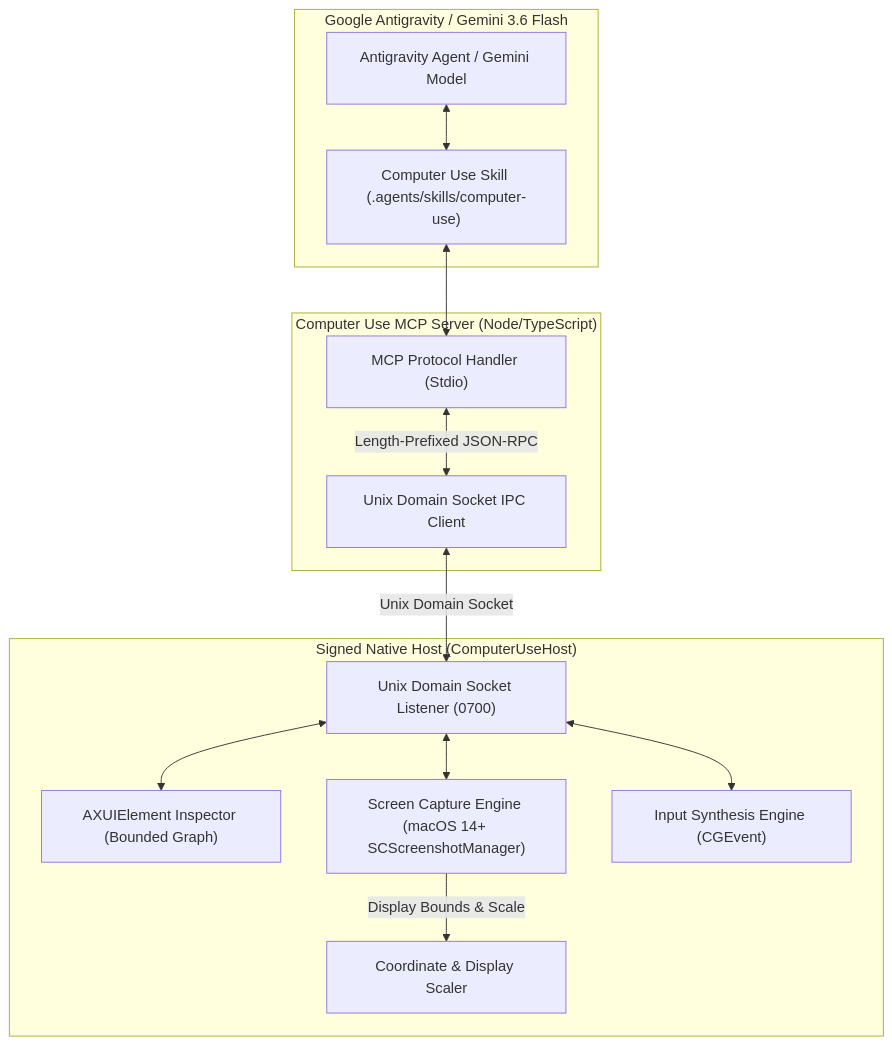
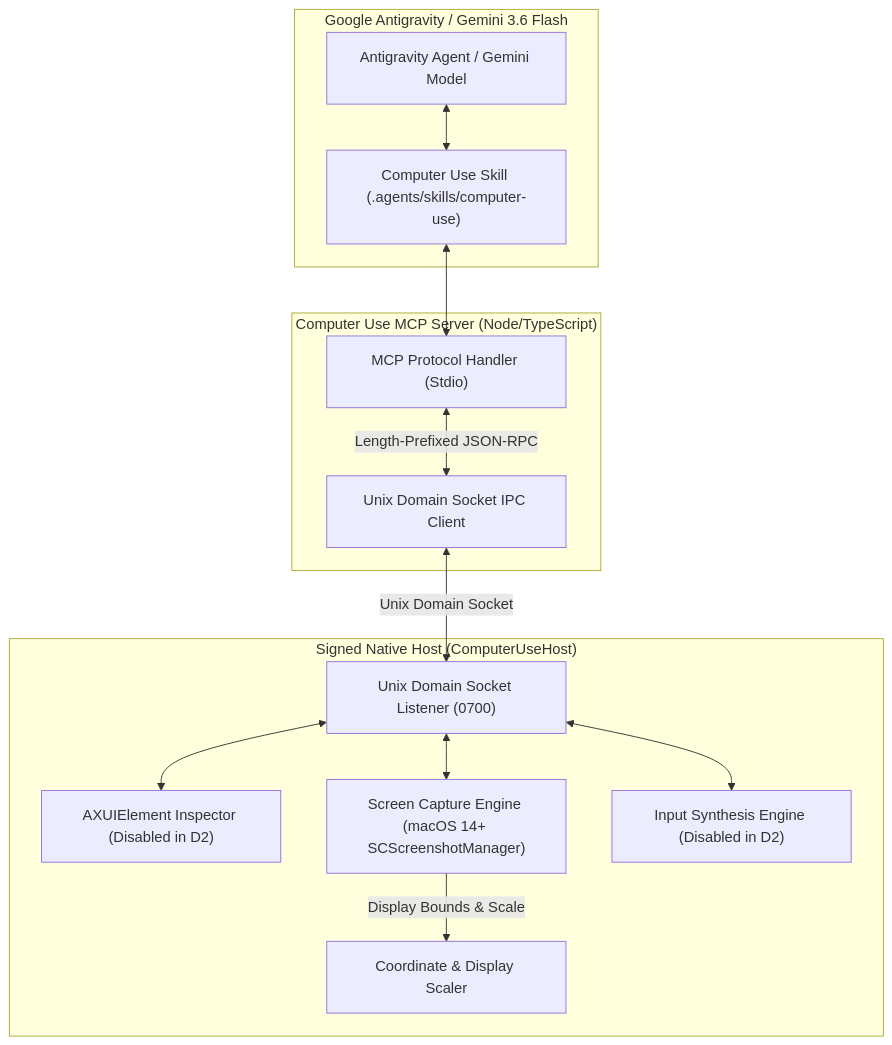
One commit to saariuslystoned/agy-computer-use changed the diagram in README.md. Above: the diagram before and after it, drawn with Mermaid. The commit also changed other lines of this file and 16 other files, not shown here.

Commit message:
fix(d2): repair CI discovery, actor boundary, IEEE-754 topology digest, UDS deadlines, and schema validation

````diff
--- a/README.md
+++ b/README.md
@@ -20,29 +20,29 @@
 ```mermaid
 flowchart TD
     subgraph Antigravity ["Google Antigravity / Gemini 3.6 Flash"]
         Agent["Antigravity Agent / Gemini Model"]
         Skill["Computer Use Skill (.agents/skills/computer-use)"]
     end
 
     subgraph Server ["Computer Use MCP Server (Node/TypeScript)"]
         MCP["MCP Protocol Handler (Stdio)"]
         SocketClient["Unix Domain Socket IPC Client"]
     end
 
     subgraph Native ["Signed Native Host (ComputerUseHost)"]
         SocketServer["Unix Domain Socket Listener (0700)"]
-        AXEngine["AXUIElement Inspector (Bounded Graph)"]
+        AXEngine["AXUIElement Inspector (Disabled in D2)"]
         CapEngine["Screen Capture Engine (macOS 14+ SCScreenshotManager)"]
-        InputEngine["Input Synthesis Engine (CGEvent)"]
+        InputEngine["Input Synthesis Engine (Disabled in D2)"]
         CoordMapper["Coordinate & Display Scaler"]
     end
 
     Agent <--> Skill
     Skill <--> MCP
     MCP <-->|Length-Prefixed JSON-RPC| SocketClient
     SocketClient <-->|Unix Domain Socket| SocketServer
     SocketServer <--> AXEngine
     SocketServer <--> CapEngine
     SocketServer <--> InputEngine
     CapEngine -->|Display Bounds & Scale| CoordMapper
 ```
````
